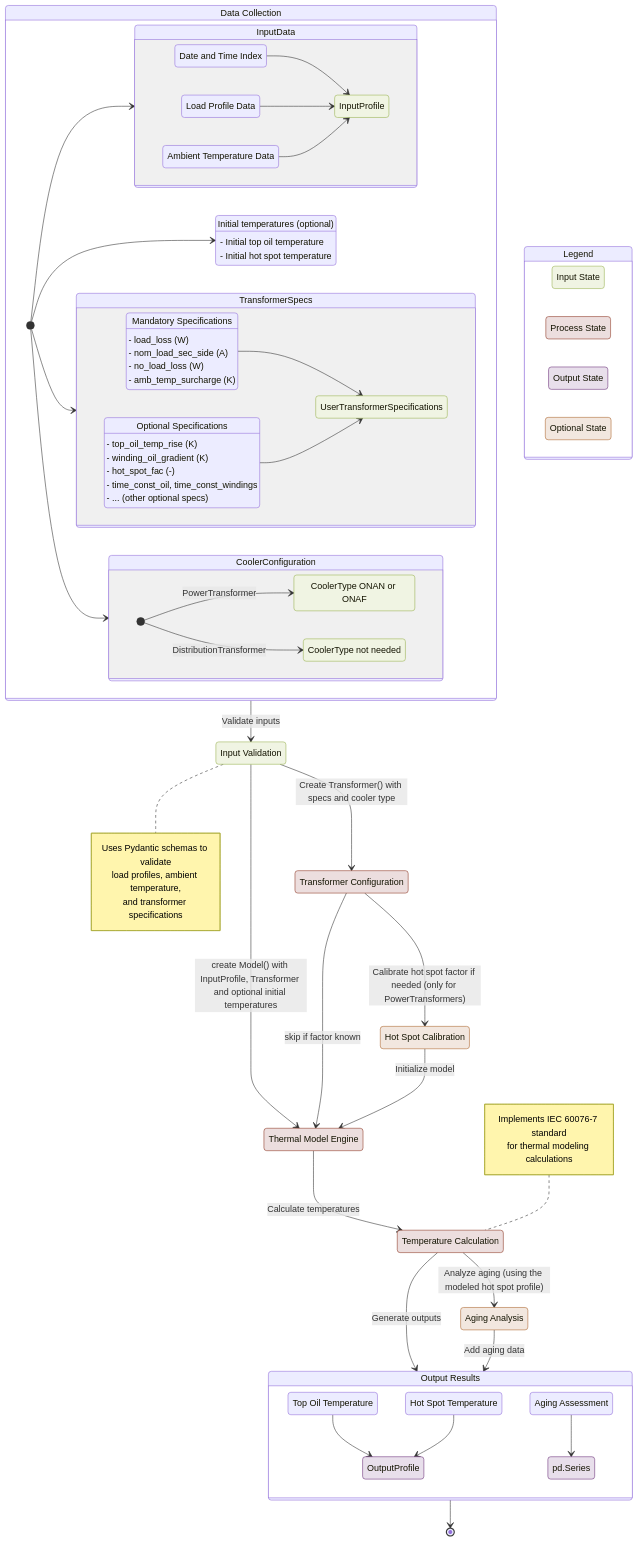
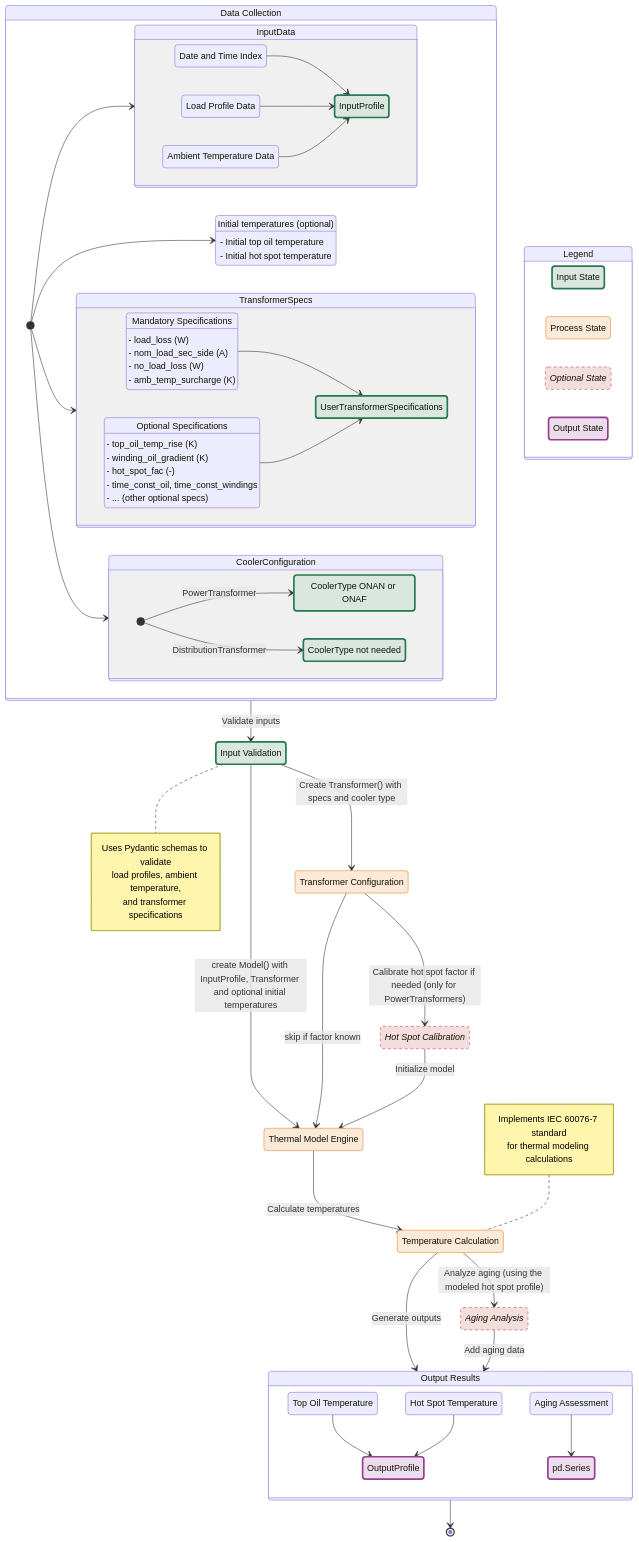
One commit to alliander-opensource/transformer-thermal-model changed the diagram in docs/api_reference/architecture.md. Above: the diagram before and after it, drawn with Mermaid.

Commit message:
docs: update architecture diagram colors
updated to have the new Alliander colors for readability, and added also non-color identifiers to make them better recognizable.

```diff
--- a/docs/api_reference/architecture.md
+++ b/docs/api_reference/architecture.md
@@ -26,8 +26,8 @@
         direction LR
         LegendInputState: Input State
         LegendProcessState: Process State
+        LegendOptionalState: Optional State
         LegendOutputState: Output State
-        LegendOptionalState: Optional State
     }
     
     %% Composite state for input data sources
@@ -128,10 +128,10 @@
     end note
     
     %% Styling
-    classDef inputState fill:#F0F4E3,stroke:#99B352
-    classDef processState fill:#ECDEDE,stroke:#8F3825
-    classDef outputState fill:#E8DFEB,stroke:#6B3078
-    classDef optionalState fill:#F2E7DF,stroke:#AD672F
+    classDef inputState fill:#d9e7e0,stroke:#267950,stroke-width:3px
+    classDef processState fill:#fbe9d9,stroke:#ea8426
+    classDef optionalState fill:#f3dddd,stroke:#bb3b40,font-style:italic,stroke-dasharray: 5 5
+    classDef outputState fill:#ecddec,stroke:#954091,stroke-width:3px
     
     class LegendInputState,Validation,InputProfile,TransformerSpecifications,CoolerTypePT,CoolerTypeDT inputState
     class LegendProcessState,TransformerConfig,ThermalModel,TempCalculation processState
```
